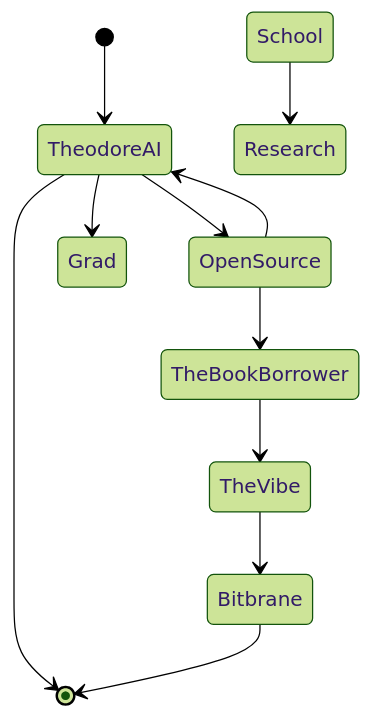
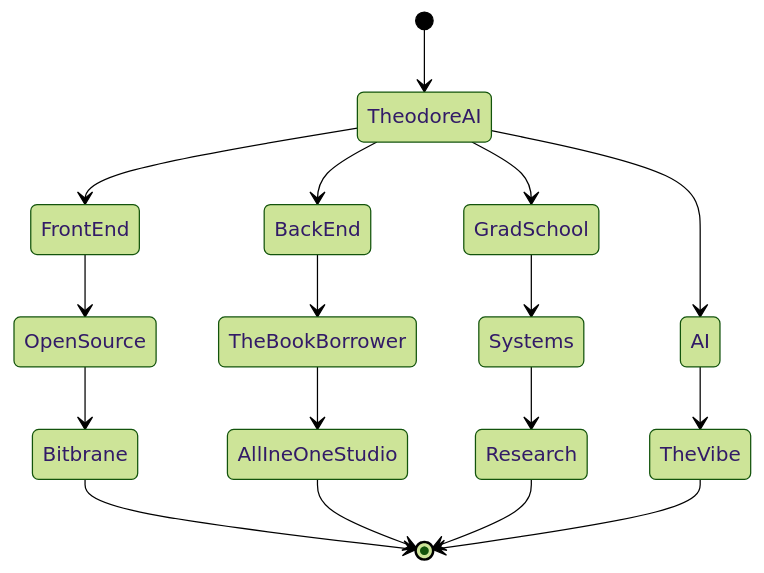
One commit to TheodoreAI/TheodoreAI changed the diagram in README.md. Above: the diagram before and after it, drawn with Mermaid (forest theme). The commit also changed other lines of this file, not shown here.

````diff
--- a/README.md
+++ b/README.md
@@ -14,15 +14,26 @@
  ```mermaid
   stateDiagram-v2
   [*] --> TheodoreAI
-  TheodoreAI --> [*]
 
-  TheodoreAI --> OpenSource
-  TheodoreAI --> Grad School
-  Grad School --> Research
-  OpenSource --> TheodoreAI
-  OpenSource --> TheBookBorrower
-  TheBookBorrower --> TheVibe
-  TheVibe --> Bitbrane
+  TheodoreAI --> FrontEnd
+  FrontEnd --> OpenSource
+  OpenSource --> Bitbrane
   Bitbrane --> [*]
   
+  TheodoreAI --> BackEnd
+  BackEnd --> TheBookBorrower
+  TheBookBorrower --> AllIneOneStudio
+  AllIneOneStudio --> [*]
+
+  TheodoreAI --> GradSchool
+  GradSchool --> Systems
+  Systems --> Research
+  Research --> [*]
+ 
+  TheodoreAI --> AI
+  AI --> TheVibe
+  TheVibe --> [*]
+
+[*]
+  
 ```
````
